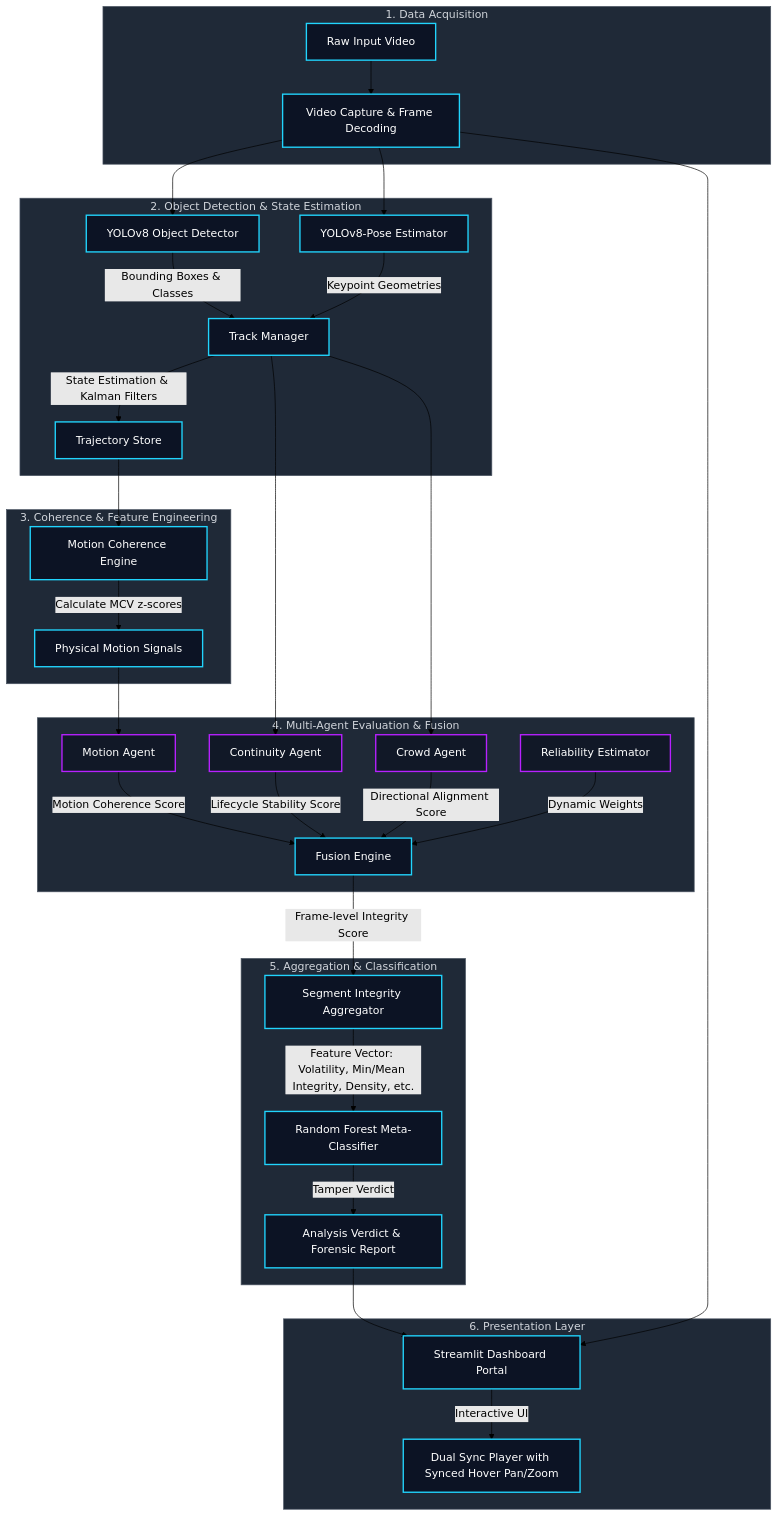
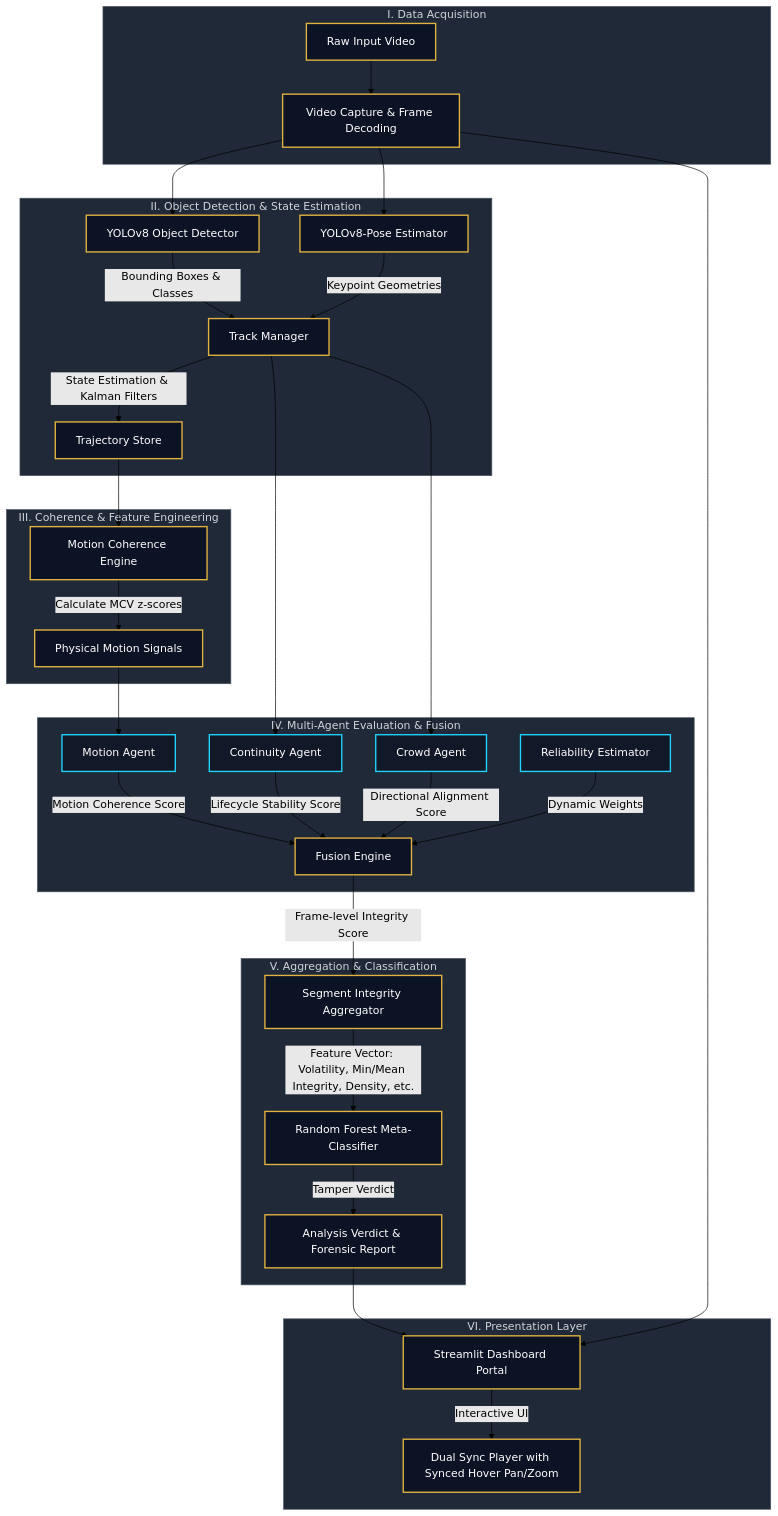
One commit to yashwanth-maram/coherex changed the diagram in README.md. Above: the diagram before and after it, drawn with Mermaid (forest theme). The commit also changed other lines of this file and 2 other files, not shown here.

````diff
--- a/README.md
+++ b/README.md
@@ -20,53 +29,53 @@
 ```mermaid
 flowchart TB
     %% Nodes
-    subgraph Input ["1. Data Acquisition"]
+    subgraph Input ["I. Data Acquisition"]
         A[Raw Input Video] --> B[Video Capture & Frame Decoding]
     end
 
-    subgraph DetectionTracking ["2. Object Detection & State Estimation"]
+    subgraph DetectionTracking ["II. Object Detection & State Estimation"]
         B --> C[YOLOv8 Object Detector]
         B --> D[YOLOv8-Pose Estimator]
         C -->|Bounding Boxes & Classes| E[Track Manager]
         D -->|Keypoint Geometries| E
         E -->|State Estimation & Kalman Filters| F[Trajectory Store]
     end
 
-    subgraph CoherenceAnalysis ["3. Coherence & Feature Engineering"]
+    subgraph CoherenceAnalysis ["III. Coherence & Feature Engineering"]
         F --> G[Motion Coherence Engine]
         G -->|Calculate MCV z-scores| H[Physical Motion Signals]
     end
 
-    subgraph MultiAgentSystem ["4. Multi-Agent Evaluation & Fusion"]
+    subgraph MultiAgentSystem ["IV. Multi-Agent Evaluation & Fusion"]
         H --> I1[Motion Agent]
         E --> I2[Continuity Agent]
         E --> I3[Crowd Agent]
         
         I1 -->|Motion Coherence Score| J[Fusion Engine]
         I2 -->|Lifecycle Stability Score| J
         I3 -->|Directional Alignment Score| J
         
         K[Reliability Estimator] -->|Dynamic Weights| J
     end
 
-    subgraph MetaClassification ["5. Aggregation & Classification"]
+    subgraph MetaClassification ["V. Aggregation & Classification"]
         J -->|Frame-level Integrity Score| L[Segment Integrity Aggregator]
         L -->|Feature Vector: Volatility, Min/Mean Integrity, Density, etc.| M[Random Forest Meta-Classifier]
         M -->|Tamper Verdict| N[Analysis Verdict & Forensic Report]
     end
 
-    subgraph Presentation ["6. Presentation Layer"]
+    subgraph Presentation ["VI. Presentation Layer"]
         N --> O[Streamlit Dashboard Portal]
         B --> O
         O -->|Interactive UI| P[Dual Sync Player with Synced Hover Pan/Zoom]
     end
 
     %% Styles
-    classDef main fill:#0c1324,stroke:#21d4fd,stroke-width:2px,color:#fff;
-    classDef agent fill:#111827,stroke:#b721ff,stroke-width:2px,color:#fff;
+    classDef main fill:#0c1324,stroke:#e3b341,stroke-width:2px,color:#fff;
+    classDef agent fill:#111827,stroke:#21d4fd,stroke-width:2px,color:#fff;
     classDef stage fill:#1f2937,stroke:#4b5563,stroke-width:1px,color:#d1d5db;
     
     class A,B,C,D,E,F,G,H,J,L,M,N,O,P main;
     class I1,I2,I3,K agent;
     class Input,DetectionTracking,CoherenceAnalysis,MultiAgentSystem,MetaClassification,Presentation stage;
 ```
````
